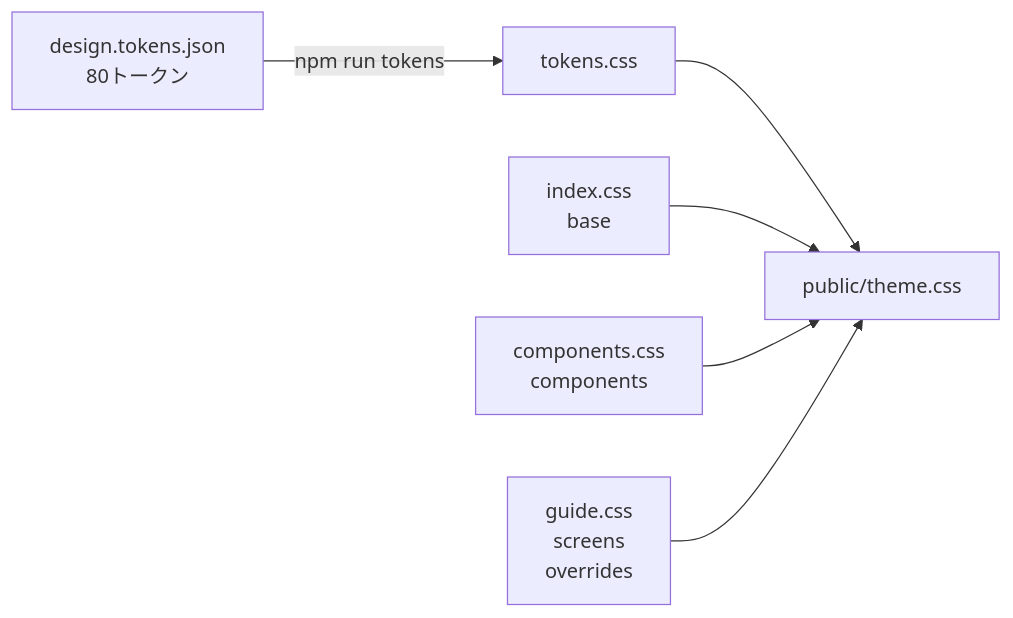
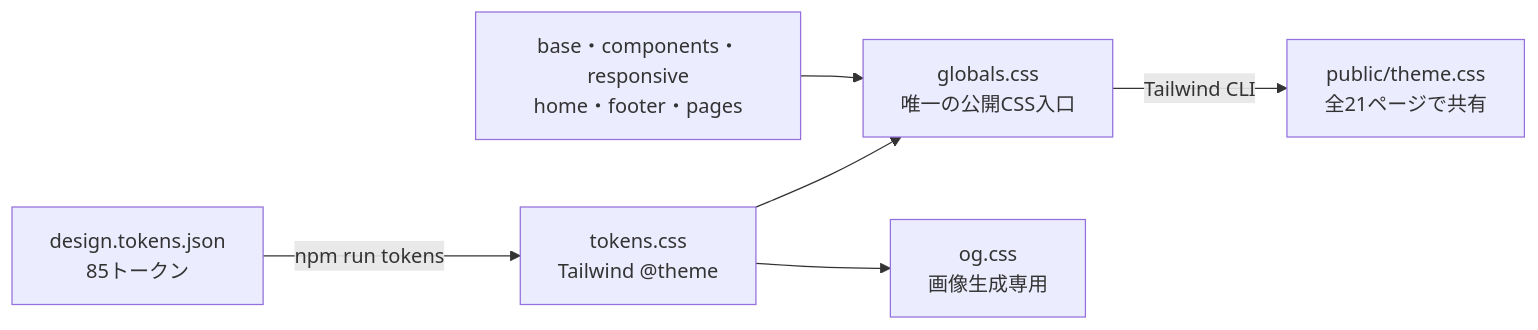
The second of 4 diagrams in site/README.md (bright-broom/tsumugi), drawn with Mermaid before and after one commit. The commit also changed other lines of this file and 40 other files, not shown here.

Commit message:
Centralize styling with Tailwind CSS and shared theme tokens

````diff
--- a/site/README.md
+++ b/site/README.md
@@ -44,8 +44,8 @@
 ```mermaid
 flowchart LR
-  json["design.tokens.json<br/>80トークン"] -->|npm run tokens| tcss["tokens.css"]
-  tcss --> theme["public/theme.css"]
-  idx["index.css<br/>base"] --> theme
-  comp["components.css<br/>components"] --> theme
-  guide["guide.css<br/>screens<br/>overrides"] --> theme
+  json["design.tokens.json<br/>85トークン"] -->|npm run tokens| tcss["tokens.css<br/>Tailwind @theme"]
+  tcss --> entry["globals.css<br/>唯一の公開CSS入口"]
+  parts["base・components・responsive<br/>home・footer・pages"] --> entry
+  entry -->|Tailwind CLI| theme["public/theme.css<br/>全21ページで共有"]
+  tcss --> og["og.css<br/>画像生成専用"]
 ```
````
